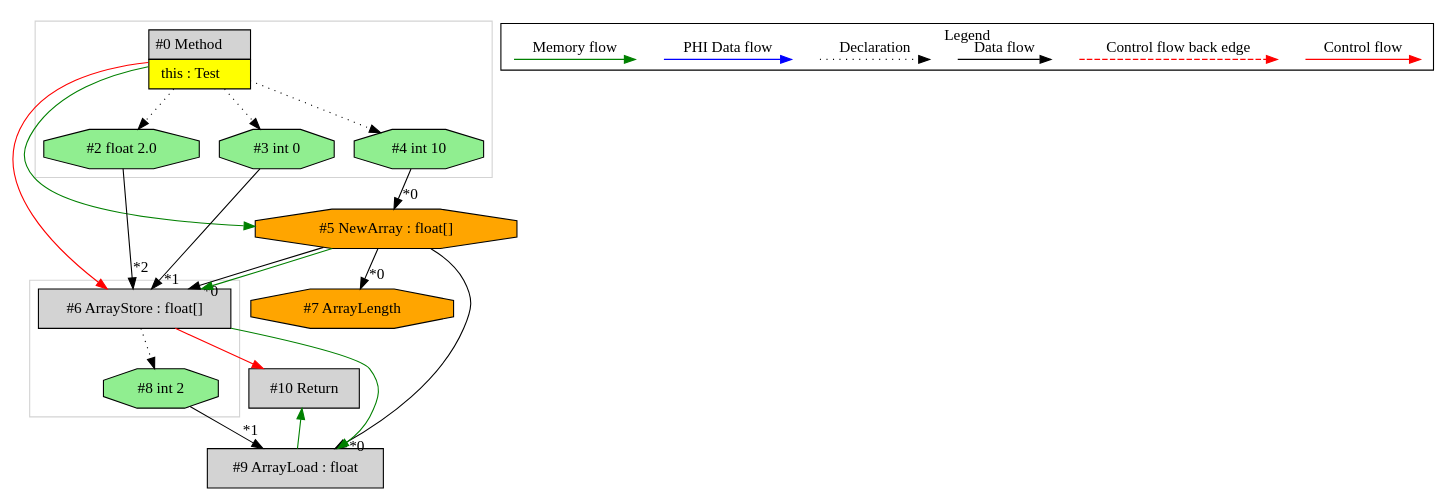
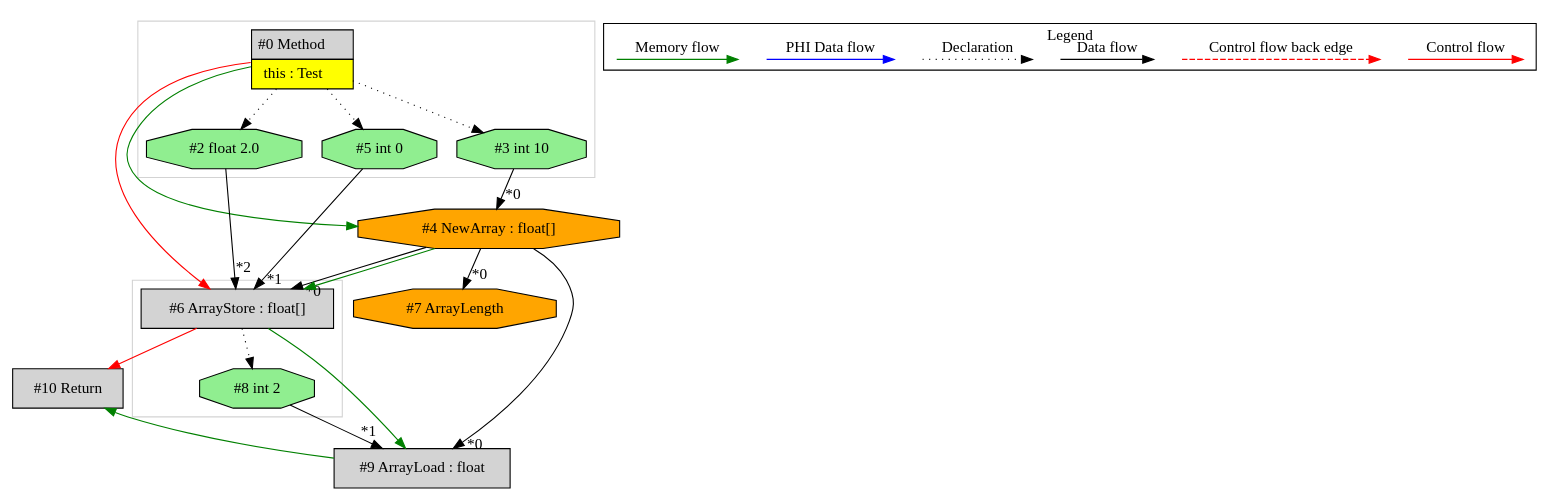
The diagram in de.mirkosertic.metair.ir.OpcodeNEWARRAYTest/test_NEWARRAY_float/ir.dot (mirkosertic/MetaIR), drawn with Graphviz before and after one commit. The commit also changed 1045 other files, not shown here.

```diff
--- a/de.mirkosertic.metair.ir.OpcodeNEWARRAYTest/test_NEWARRAY_float/ir.dot
+++ b/de.mirkosertic.metair.ir.OpcodeNEWARRAYTest/test_NEWARRAY_float/ir.dot
@@ -1,68 +1,68 @@
 digraph {
  ordering="in";
  node0[margin="0", label=<<table border="0" cellborder="1" cellspacing="0" cellpadding="5"><tr><td colspan="1">#0 Method</td></tr><tr><td port="prj1" bgcolor="yellow">this : Test</td></tr></table>>,shape=none, fillcolor=lightgrey, style=filled];
- node4[label="#4 int 10",shape=octagon, fillcolor=lightgreen, style=filled];
- node0 -> node4[style=dotted];
- node5[label="#5 NewArray : float[]",shape=octagon, fillcolor=orange, style=filled];
- node4 -> node5[headlabel="*0", labeldistance=2];
- node0 -> node5[labeldistance=2, color=green, constraint=false];
+ node4[label="#4 NewArray : float[]",shape=octagon, fillcolor=orange, style=filled];
+ node3 -> node4[headlabel="*0", labeldistance=2];
+ node0 -> node4[labeldistance=2, color=green, constraint=false];
+ node3[label="#3 int 10",shape=octagon, fillcolor=lightgreen, style=filled];
+ node0 -> node3[style=dotted];
  node7[label="#7 ArrayLength",shape=octagon, fillcolor=orange, style=filled];
- node5 -> node7[headlabel="*0", labeldistance=2];
+ node4 -> node7[headlabel="*0", labeldistance=2];
+ node9[label="#9 ArrayLoad : float",shape=box, fillcolor=lightgrey, style=filled];
+ node4 -> node9[headlabel="*0", labeldistance=2];
+ node8 -> node9[headlabel="*1", labeldistance=2];
+ node6 -> node9[labeldistance=2, color=green, constraint=false];
  node6[label="#6 ArrayStore : float[]",shape=box, fillcolor=lightgrey, style=filled];
- node5 -> node6[headlabel="*0", labeldistance=2];
- node3 -> node6[headlabel="*1", labeldistance=2];
+ node4 -> node6[headlabel="*0", labeldistance=2];
+ node5 -> node6[headlabel="*1", labeldistance=2];
  node2 -> node6[headlabel="*2", labeldistance=2];
- node5 -> node6[labeldistance=2, color=green, constraint=false];
+ node4 -> node6[labeldistance=2, color=green, constraint=false];
  node0 -> node6[labeldistance=2, color=red, fontcolor=red];
  node2[label="#2 float 2.0",shape=octagon, fillcolor=lightgreen, style=filled];
  node0 -> node2[style=dotted];
- node3[label="#3 int 0",shape=octagon, fillcolor=lightgreen, style=filled];
- node0 -> node3[style=dotted];
+ node5[label="#5 int 0",shape=octagon, fillcolor=lightgreen, style=filled];
+ node0 -> node5[style=dotted];
  node10[label="#10 Return",shape=box, fillcolor=lightgrey, style=filled];
  node6 -> node10[labeldistance=2, color=red, fontcolor=red];
  node9 -> node10[labeldistance=2, color=green, constraint=false];
- node9[label="#9 ArrayLoad : float",shape=box, fillcolor=lightgrey, style=filled];
- node5 -> node9[headlabel="*0", labeldistance=2];
- node8 -> node9[headlabel="*1", labeldistance=2];
- node6 -> node9[labeldistance=2, color=green, constraint=false];
  node8[label="#8 int 2",shape=octagon, fillcolor=lightgreen, style=filled];
  node6 -> node8[style=dotted];
  subgraph cluster_0 {
   color=lightgray;
   node6;
   node8;
  }
  subgraph cluster_1 {
   color=lightgray;
   node0;
   node2;
   node3;
-  node4;
+  node5;
  }
  subgraph cluster_000 {
   label = "Legend";
   node [shape=point]
   {
    rank=same;
    c0 [style = invis];
    c1 [style = invis];
    c2 [style = invis];
    c3 [style = invis];
    d0 [style = invis];
    d1 [style = invis];
    d2 [style = invis];
    d3 [style = invis];
    d4 [style = invis];
    d5 [style = invis];
    d6 [style = invis];
    d7 [style = invis];
   }
   c0 -> c1 [label="Control flow", style=solid, color=red]
   c2 -> c3 [label="Control flow back edge", style=dashed, color=red]
   d0 -> d1 [label="Data flow"]
   d2 -> d3 [label="Declaration", style=dotted]
   d4 -> d5 [label="PHI Data flow", color=blue]
   d6 -> d7 [label="Memory flow", color=green]
  }
 
 }
```
